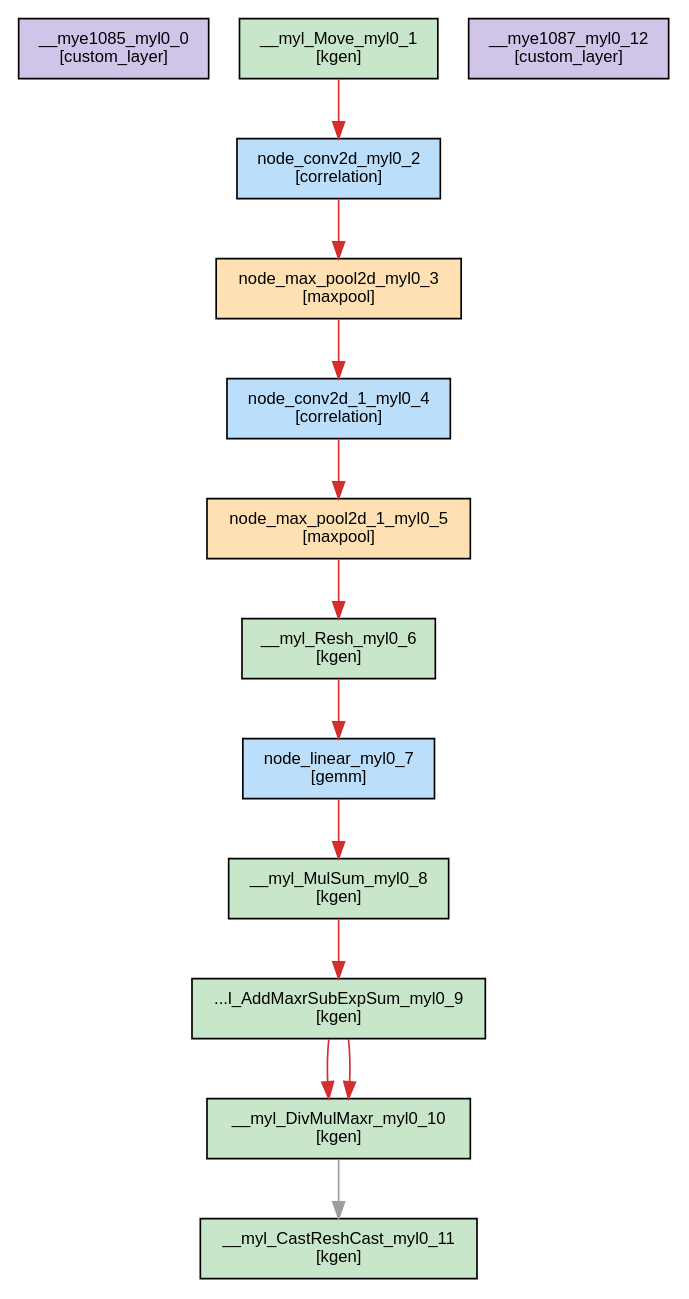
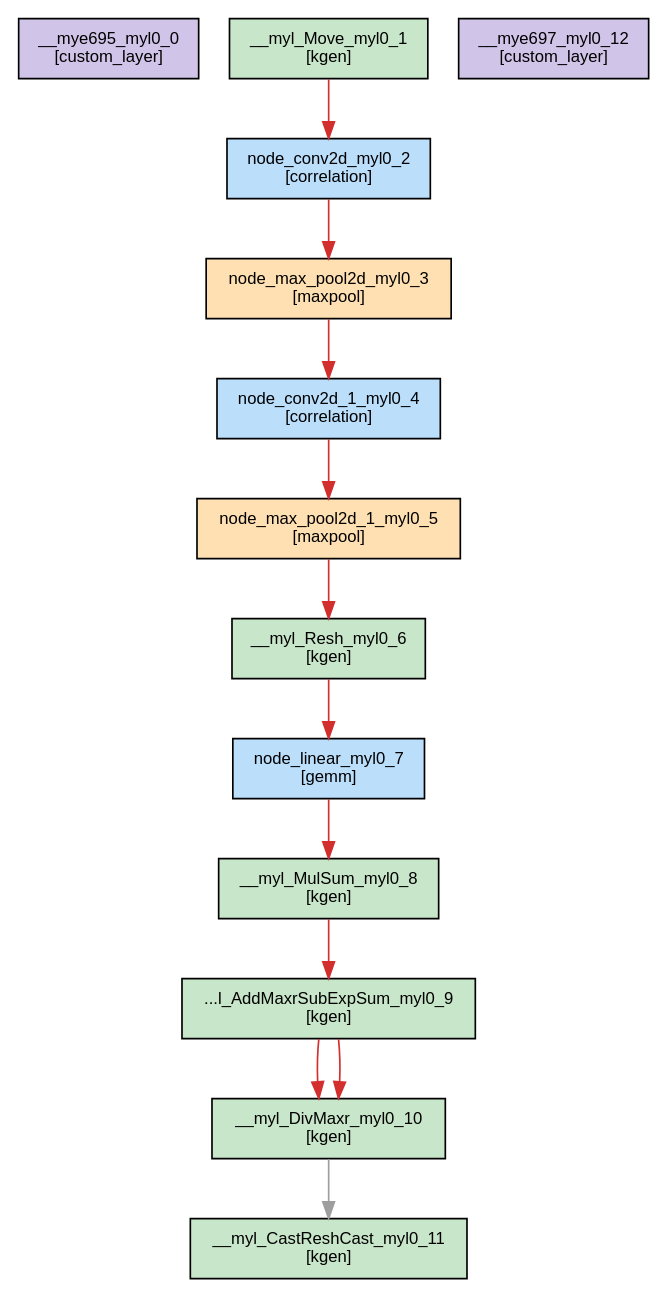
The diagram in cookbook/07-Tool/EngineVisualization/result-engine-simple.gv (NVIDIA/trt-samples-for-hackathon-cn), drawn with Graphviz before and after one commit. The commit also changed 877 other files, not shown here.

```diff
--- a/cookbook/07-Tool/EngineVisualization/result-engine-simple.gv
+++ b/cookbook/07-Tool/EngineVisualization/result-engine-simple.gv
@@ -1,29 +1,29 @@
 digraph engine {
   rankdir=TB;
   node [shape=rectangle, style=filled, fontname="Helvetica", fontsize=10];
   edge [fontname="Helvetica", fontsize=8];
-  n0 [label="__mye1085_myl0_0\n[custom_layer]", fillcolor="#D1C4E9", tooltip="name: __mye1085_myl0_0&#10;type: custom_layer&#10;latency: 0.0028 ms&#10;input: l2_cache_policy_inputs_0_myl0 [4] UInt8 (Linear) Row major linear format&#10;input: l2_cache_policy_inputs_1_myl0 [36] UInt8 (Linear) Row major linear format&#10;input: l2_cache_policy_inputs_2_myl0 [4] UInt8 (Linear) Row major linear format&#10;input: l2_cache_policy_inputs_3_myl0 [40] UInt8 (Linear) Row major linear format&#10;input: l2_cache_policy_inputs_4_myl0 [88] UInt8 (Linear) Row major linear format&#10;input: l2_cache_policy_inputs_5_myl0 [124] UInt8 (Linear) Row major linear format&#10;input: l2_cache_policy_inputs_6_myl0 [88] UInt8 (Linear) Row major linear format&#10;input: l2_cache_policy_inputs_7_myl0 [4] UInt8 (Linear) Row major linear format&#10;input: l2_cache_policy_inputs_8_myl0 [2748] UInt8 (Linear) Row major linear format&#10;input: l2_cache_policy_inputs_9_myl0 [9344] UInt8 (Linear) Row major linear format&#10;input: l2_cache_policy_inputs_10_myl0 [4096] UInt8 (Linear) Row major linear format&#10;input: l2_cache_policy_inputs_11_myl0 [64] UInt8 (Linear) Row major linear format&#10;input: l2_cache_policy_inputs_12_myl0 [33536] UInt8 (Linear) Row major linear format&#10;input: l2_cache_policy_inputs_13_myl0 [12544] UInt8 (Linear) Row major linear format&#10;input: l2_cache_policy_inputs_14_myl0 [40832] UInt8 (Linear) Row major linear format&#10;input: l2_cache_policy_inputs_15_myl0 [25088] UInt8 (Linear) Row major linear format&#10;input: l2_cache_management_device_0_myl0 [256] UInt64 (Linear) Row major linear format&#10;input: l2_cache_management_host_0_myl0 [1] UInt64 (Linear) Row major linear format"];
-  n1 [label="__myl_Move_myl0_1\n[kgen]", fillcolor="#C8E6C9", tooltip="name: __myl_Move_myl0_1&#10;type: kgen&#10;tactic: __myl_Move_0x7c5792c8b90390f33ed500020cefee34&#10;latency: 0.0054 ms&#10;input: x [1, 1, 28, 28] Float (Linear) Row major linear format&#10;output: relu.1_2_myl0 [1, 1, 28, 28] Float (NHWC) Channel major format"];
-  n2 [label="node_conv2d_myl0_2\n[correlation]", fillcolor="#BBDEFB", tooltip="name: node_conv2d_myl0_2&#10;type: correlation&#10;tactic: sm80_xmma_fprop_implicit_gemm_indexed_wo_smem_f32f32_tf32f32_f32_nhwckrsc_nhwc_tilesize128x16x32_stage1_warpsize4x1x1_g1_tensor16x8x8_aligna4_alignc8&#10;metadata: [ONNX Layer: node_conv2d][ONNX Layer: node_relu]&#10;constants: [{'Name': '__mye1002dconst_myl0', 'Dimensions': [32, 1, 5, 5], 'Strides': [25, 1, 5, 1], 'StrideOrder': [3, 0, 2, 1], 'Datatype': 'Float', 'Format': '(NHWC) Channel major format'}, {'Name': '__mye1089_const_myl0', 'Dimensions': [1], 'Strides': [1], 'StrideOrder': [0], 'Datatype': 'Float', 'Format': '(Linear) Row major linear format'}, {'Name': '__mye1093_const_myl0', 'Dimensions': [1], 'Strides': [1], 'StrideOrder': [0], 'Datatype': 'Float', 'Format': '(Linear) Row major linear format'}, {'Name': '__mye1007dconst_myl0', 'Dimensions': [1, 32, 1, 1], 'Strides': [32, 1, 32, 32], 'StrideOrder': [3, 0, 2, 1], 'Datatype': 'Float', 'Format': '(NHWC) Channel major format'}]&#10;latency: 0.0085 ms&#10;input: relu.1_2_myl0 [1, 1, 28, 28] Float (NHWC) Channel major format&#10;output: max_pool2d.1_3_myl0 [1, 32, 28, 28] Float (NHWC) Channel major format"];
-  n3 [label="node_max_pool2d_myl0_3\n[maxpool]", fillcolor="#FFE0B2", tooltip="name: node_max_pool2d_myl0_3&#10;type: maxpool&#10;tactic: sm50_xmma_pooling_max_nhwc_FP32FP32_WINDOWSIZE_0_PROPAGATE_NAN_2D&#10;metadata: [ONNX Layer: node_max_pool2d]&#10;latency: 0.0064 ms&#10;input: max_pool2d.1_3_myl0 [1, 32, 28, 28] Float (NHWC) Channel major format&#10;output: relu_1.1_4_myl0 [1, 32, 14, 14] Float (NHWC) Channel major format"];
-  n4 [label="node_conv2d_1_myl0_4\n[correlation]", fillcolor="#BBDEFB", tooltip="name: node_conv2d_1_myl0_4&#10;type: correlation&#10;tactic: cutlass3x_sm100_tensorop_s128x128x8tf32implicit_gemm_fprop_f32_f32_f32_f32_f32_f32_128x128x32_dyn_cga_ndhwc_ndhwc_ndhwc_align4_2sm_relu_valpha_vbeta&#10;metadata: [ONNX Layer: node_conv2d_1][ONNX Layer: node_relu_1]&#10;constants: [{'Name': '__mye1012dconst_myl0', 'Dimensions': [64, 32, 5, 5], 'Strides': [800, 1, 160, 32], 'StrideOrder': [3, 0, 2, 1], 'Datatype': 'Float', 'Format': '(NHWC) Channel major format'}, {'Name': '__mye1089_const_myl0', 'Dimensions': [1], 'Strides': [1], 'StrideOrder': [0], 'Datatype': 'Float', 'Format': '(Linear) Row major linear format'}, {'Name': '__mye1093_const_myl0', 'Dimensions': [1], 'Strides': [1], 'StrideOrder': [0], 'Datatype': 'Float', 'Format': '(Linear) Row major linear format'}, {'Name': '__mye1017dconst_myl0', 'Dimensions': [1, 64, 1, 1], 'Strides': [64, 1, 64, 64], 'StrideOrder': [3, 0, 2, 1], 'Datatype': 'Float', 'Format': '(NHWC) Channel major format'}]&#10;latency: 0.0103 ms&#10;input: relu_1.1_4_myl0 [1, 32, 14, 14] Float (NHWC) Channel major format&#10;output: max_pool2d_1.1_5_myl0 [1, 64, 14, 14] Float (NHWC) Channel major format"];
-  n5 [label="node_max_pool2d_1_myl0_5\n[maxpool]", fillcolor="#FFE0B2", tooltip="name: node_max_pool2d_1_myl0_5&#10;type: maxpool&#10;tactic: sm50_xmma_pooling_max_nhwc_FP32FP32_WINDOWSIZE_0_PROPAGATE_NAN_2D&#10;metadata: [ONNX Layer: node_max_pool2d_1]&#10;latency: 0.0062 ms&#10;input: max_pool2d_1.1_5_myl0 [1, 64, 14, 14] Float (NHWC) Channel major format&#10;output: __myln_k_arg__bb1_6_myl0 [1, 64, 7, 7] Float (NHWC) Channel major format"];
-  n6 [label="__myl_Resh_myl0_6\n[kgen]", fillcolor="#C8E6C9", tooltip="name: __myl_Resh_myl0_6&#10;type: kgen&#10;tactic: __myl_Resh_0x4155422b648f1f4214c3704bba2e00a0&#10;metadata: [ONNX Layer: node_view]&#10;latency: 0.0056 ms&#10;input: __myln_k_arg__bb1_6_myl0 [1, 64, 7, 7] Float (NHWC) Channel major format&#10;output: relu_2.1_7_myl0 [1, 3136] Float (Linear) Row major linear format"];
-  n7 [label="node_linear_myl0_7\n[gemm]", fillcolor="#BBDEFB", tooltip="name: node_linear_myl0_7&#10;type: gemm&#10;tactic: sm50_xmma_cublas_gemvx_f32f32_f32_f32_tn_n_int32_unit_n_launch_param8x32x32_strided_unit_stride&#10;metadata: [ONNX Layer: node_linear][ONNX Layer: node_relu_2]&#10;constants: [{'Name': 'gemm1.weight_constantFloat_myl0', 'Dimensions': [3136, 1024], 'Strides': [1, 3136], 'StrideOrder': [0, 1], 'Datatype': 'Float', 'Format': '(Transposed) Transposed format'}, {'Name': '__mye884node_linear_alpha_myl0', 'Dimensions': [1], 'Strides': [1], 'StrideOrder': [0], 'Datatype': 'Float', 'Format': '(Linear) Row major linear format'}, {'Name': '__mye885node_linear_beta_myl0', 'Dimensions': [1], 'Strides': [1], 'StrideOrder': [0], 'Datatype': 'Float', 'Format': '(Linear) Row major linear format'}, {'Name': 'gemm1.bias + ONNXTRT_Broadcast_constantFloat_myl0', 'Dimensions': [1, 1024], 'Strides': [1024, 1], 'StrideOrder': [1, 0], 'Datatype': 'Float', 'Format': '(Linear) Row major linear format'}]&#10;latency: 0.0087 ms&#10;input: relu_2.1_7_myl0 [1, 3136] Float (Linear) Row major linear format&#10;output: relu_2.1_myl0 [1, 1024] Float (Linear) Row major linear format"];
-  n8 [label="__myl_MulSum_myl0_8\n[kgen]", fillcolor="#C8E6C9", tooltip="name: __myl_MulSum_myl0_8&#10;type: kgen&#10;tactic: __myl_MulSum_0xf51780477f7b66bae3896079c053d676&#10;metadata: [ONNX Layer: node_linear_1]&#10;constants: [{'Name': 'gemm2.weight_constantFloat_myl0', 'Dimensions': [1024, 10], 'Strides': [1, 1024], 'StrideOrder': [0, 1], 'Datatype': 'Float', 'Format': '(Transposed) Transposed format'}]&#10;latency: 0.0056 ms&#10;input: relu_2.1_myl0 [1024, 1] Float (Linear) Row major linear format&#10;output: __myln_k_arg__bb1_9_myl0 [1, 10] Float (Linear) Row major linear format"];
-  n9 [label="...l_AddMaxrSubExpSum_myl0_9\n[kgen]", fillcolor="#C8E6C9", tooltip="name: __myl_AddMaxrSubExpSum_myl0_9&#10;type: kgen&#10;tactic: __myl_AddMaxrSubExpSum_0x574acd01f7517732d5f2fd1c9042a089&#10;metadata: [ONNX Layer: node_linear_1][ONNX Layer: node_softmax]&#10;constants: [{'Name': 'gemm2.bias + ONNXTRT_Broadcast_4_constantFloat_myl0', 'Dimensions': [1, 10], 'Strides': [10, 1], 'StrideOrder': [1, 0], 'Datatype': 'Float', 'Format': '(Linear) Row major linear format'}]&#10;latency: 0.0077 ms&#10;input: __myln_k_arg__bb1_9_myl0 [1, 10] Float (Linear) Row major linear format&#10;output: __myln_k_arg__bb1_12_myl0 [1, 10] Float (Linear) Row major linear format&#10;output: __myln_k_arg__bb1_11_myl0 [1, 1] Float (Linear) Row major linear format&#10;output: y [1, 10] Float (Linear) Row major linear format"];
-  n10 [label="__myl_DivMulMaxr_myl0_10\n[kgen]", fillcolor="#C8E6C9", tooltip="name: __myl_DivMulMaxr_myl0_10&#10;type: kgen&#10;tactic: __myl_DivMulMaxr_0xeed0d44e25801453f72eeb03693cc519&#10;metadata: [ONNX Layer: node_softmax][ONNX Layer: node_argmax]&#10;latency: 0.0076 ms&#10;input: __myln_k_arg__bb1_12_myl0 [1, 10] Float (Linear) Row major linear format&#10;input: __myln_k_arg__bb1_11_myl0 [1, 1] Float (Linear) Row major linear format&#10;output: node_argmax_output.1_myl0 [1, 1] Float (Linear) Row major linear format&#10;output: __myln_k_arg__bb1_14_myl0 [1, 1] Int32 (Linear) Row major linear format"];
-  n11 [label="__myl_CastReshCast_myl0_11\n[kgen]", fillcolor="#C8E6C9", tooltip="name: __myl_CastReshCast_myl0_11&#10;type: kgen&#10;tactic: __myl_CastReshCast_0x5baf1ddb7083512f99818d0d7872c872&#10;latency: 0.0056 ms&#10;input: __myln_k_arg__bb1_14_myl0 [1, 1] Int32 (Linear) Row major linear format&#10;output: z [1] Int64 (Linear) Row major linear format"];
-  n12 [label="__mye1087_myl0_12\n[custom_layer]", fillcolor="#D1C4E9", tooltip="name: __mye1087_myl0_12&#10;type: custom_layer&#10;latency: 0.0026 ms&#10;input: l2_cache_policy_inputs_0_myl0 [4] UInt8 (Linear) Row major linear format&#10;input: l2_cache_policy_inputs_1_myl0 [36] UInt8 (Linear) Row major linear format&#10;input: l2_cache_policy_inputs_2_myl0 [4] UInt8 (Linear) Row major linear format&#10;input: l2_cache_policy_inputs_3_myl0 [40] UInt8 (Linear) Row major linear format&#10;input: l2_cache_policy_inputs_4_myl0 [88] UInt8 (Linear) Row major linear format&#10;input: l2_cache_policy_inputs_5_myl0 [124] UInt8 (Linear) Row major linear format&#10;input: l2_cache_policy_inputs_6_myl0 [88] UInt8 (Linear) Row major linear format&#10;input: l2_cache_policy_inputs_7_myl0 [4] UInt8 (Linear) Row major linear format&#10;input: l2_cache_policy_inputs_8_myl0 [2748] UInt8 (Linear) Row major linear format&#10;input: l2_cache_policy_inputs_9_myl0 [9344] UInt8 (Linear) Row major linear format&#10;input: l2_cache_policy_inputs_10_myl0 [4096] UInt8 (Linear) Row major linear format&#10;input: l2_cache_policy_inputs_11_myl0 [64] UInt8 (Linear) Row major linear format&#10;input: l2_cache_policy_inputs_12_myl0 [33536] UInt8 (Linear) Row major linear format&#10;input: l2_cache_policy_inputs_13_myl0 [12544] UInt8 (Linear) Row major linear format&#10;input: l2_cache_policy_inputs_14_myl0 [40832] UInt8 (Linear) Row major linear format&#10;input: l2_cache_policy_inputs_15_myl0 [25088] UInt8 (Linear) Row major linear format&#10;input: l2_cache_management_device_0_myl0 [256] UInt64 (Linear) Row major linear format&#10;input: l2_cache_management_host_0_myl0 [1] UInt64 (Linear) Row major linear format"];
+  n0 [label="__mye695_myl0_0\n[custom_layer]", fillcolor="#D1C4E9", tooltip="name: __mye695_myl0_0&#10;type: custom_layer"];
+  n1 [label="__myl_Move_myl0_1\n[kgen]", fillcolor="#C8E6C9", tooltip="name: __myl_Move_myl0_1&#10;type: kgen"];
+  n2 [label="node_conv2d_myl0_2\n[correlation]", fillcolor="#BBDEFB", tooltip="name: node_conv2d_myl0_2&#10;type: correlation"];
+  n3 [label="node_max_pool2d_myl0_3\n[maxpool]", fillcolor="#FFE0B2", tooltip="name: node_max_pool2d_myl0_3&#10;type: maxpool"];
+  n4 [label="node_conv2d_1_myl0_4\n[correlation]", fillcolor="#BBDEFB", tooltip="name: node_conv2d_1_myl0_4&#10;type: correlation"];
+  n5 [label="node_max_pool2d_1_myl0_5\n[maxpool]", fillcolor="#FFE0B2", tooltip="name: node_max_pool2d_1_myl0_5&#10;type: maxpool"];
+  n6 [label="__myl_Resh_myl0_6\n[kgen]", fillcolor="#C8E6C9", tooltip="name: __myl_Resh_myl0_6&#10;type: kgen"];
+  n7 [label="node_linear_myl0_7\n[gemm]", fillcolor="#BBDEFB", tooltip="name: node_linear_myl0_7&#10;type: gemm"];
+  n8 [label="__myl_MulSum_myl0_8\n[kgen]", fillcolor="#C8E6C9", tooltip="name: __myl_MulSum_myl0_8&#10;type: kgen"];
+  n9 [label="...l_AddMaxrSubExpSum_myl0_9\n[kgen]", fillcolor="#C8E6C9", tooltip="name: __myl_AddMaxrSubExpSum_myl0_9&#10;type: kgen"];
+  n10 [label="__myl_DivMaxr_myl0_10\n[kgen]", fillcolor="#C8E6C9", tooltip="name: __myl_DivMaxr_myl0_10&#10;type: kgen"];
+  n11 [label="__myl_CastReshCast_myl0_11\n[kgen]", fillcolor="#C8E6C9", tooltip="name: __myl_CastReshCast_myl0_11&#10;type: kgen"];
+  n12 [label="__mye697_myl0_12\n[custom_layer]", fillcolor="#D1C4E9", tooltip="name: __mye697_myl0_12&#10;type: custom_layer"];
   n1 -> n2 [label="", color="#D32F2F"];
   n2 -> n3 [label="", color="#D32F2F"];
   n3 -> n4 [label="", color="#D32F2F"];
   n4 -> n5 [label="", color="#D32F2F"];
   n5 -> n6 [label="", color="#D32F2F"];
   n6 -> n7 [label="", color="#D32F2F"];
   n7 -> n8 [label="", color="#D32F2F"];
   n8 -> n9 [label="", color="#D32F2F"];
   n9 -> n10 [label="", color="#D32F2F"];
   n9 -> n10 [label="", color="#D32F2F"];
   n10 -> n11 [label="", color="#9E9E9E"];
 }
```
